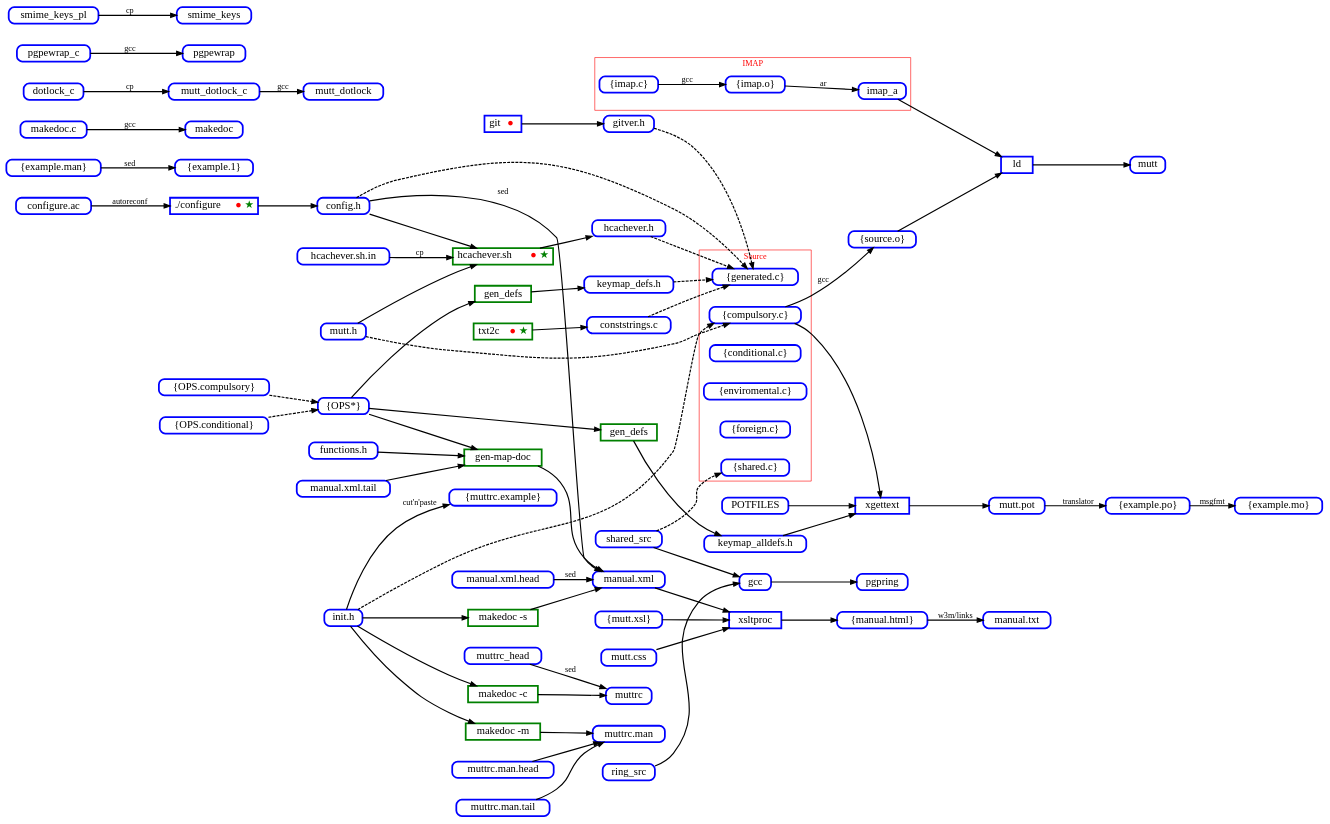
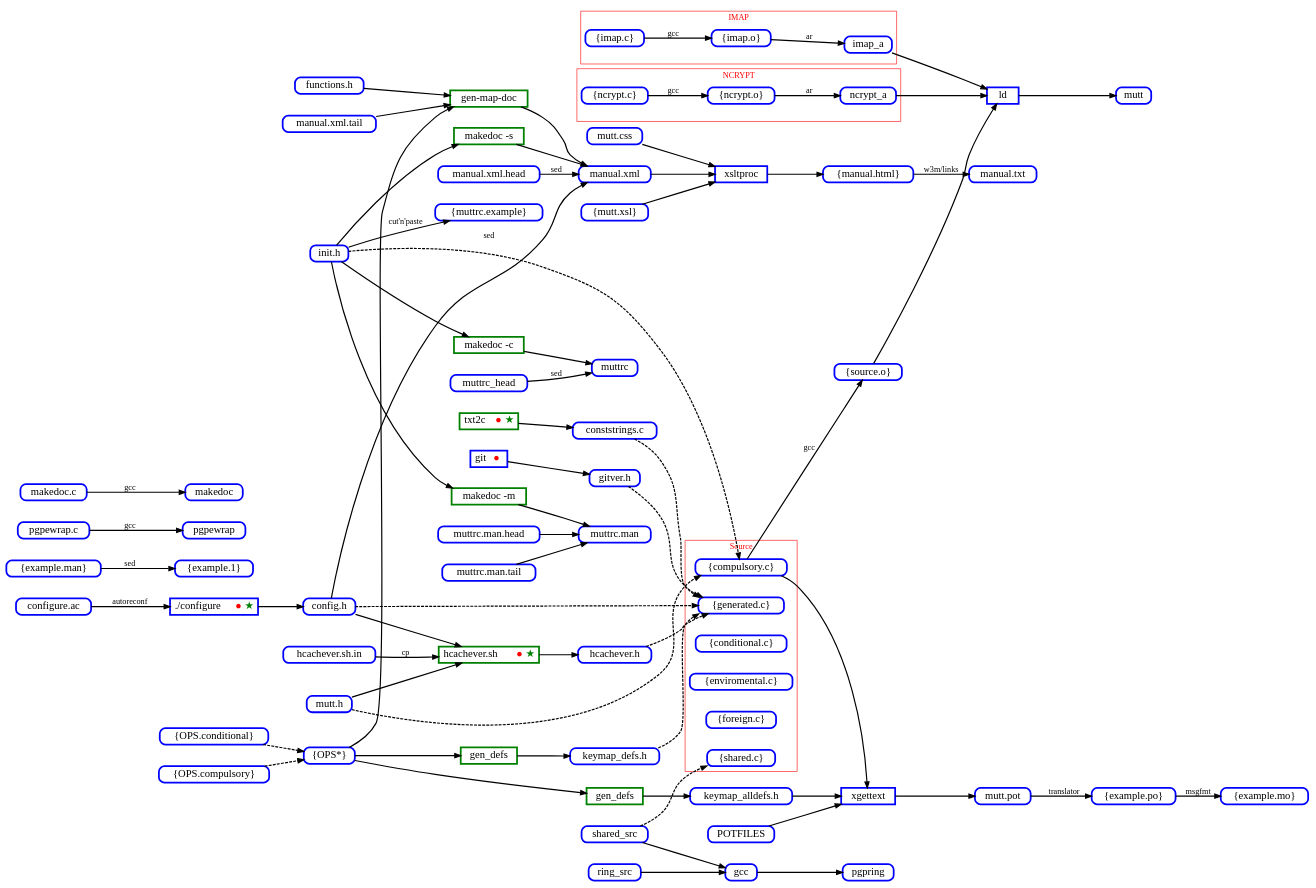
The diagram in _dev/make.gv (neomutt/neomutt.github.io), drawn with Graphviz before and after one commit.

Commit message:
split out ncrypt

```diff
--- a/_dev/make.gv
+++ b/_dev/make.gv
@@ -1,180 +1,191 @@
 digraph build {
 	graph [
 		rankdir="LR"
 		nodesep="0.5"
 		ranksep="0.3"
 	]
 
 	node [
 		shape="Mrecord"
 		style="solid"
 		height="0.2"
 		penwidth="3.0"
 		color="blue"
 		fontcolor="black"
 		fontsize="18"
 	]
 
 	edge [
 		penwidth="2.0"
 		color="#000000"
 		arrowsize="1.0"
 	]
 
 
 	comp_ops         [ label="\{OPS.compulsory\}"  ]
 	cond_ops         [ label="\{OPS.conditional\}" ]
 	configure_ac     [ label="configure.ac"        ]
 	config_h         [ label="config.h"            ]
 	conststrings_c   [ label="conststrings.c"      ]
 	functions_h      [ label="functions.h"         ]
 	gitver_h         [ label="gitver.h"            ]
 	hcachever_h      [ label="hcachever.h"         ]
 	hcachever_sh     [ label="hcachever.sh"        ]
 	hcachever_sh_in  [ label="hcachever.sh.in"     ]
 	init_h           [ label="init.h"              ]
 	keymap_alldefs_h [ label="keymap_alldefs.h"    ]
 	keymap_defs_h    [ label="keymap_defs.h"       ]
 	lots_1           [ label="\{example.1\}"       ]
 	lots_man         [ label="\{example.man\}"     ]
 	lots_mo          [ label="\{example.mo\}"      ]
 	lots_muttrc      [ label="\{muttrc.example\}"  ]
 	lots_obj         [ label="\{source.o\}"        ]
 	lots_po          [ label="\{example.po\}"      ]
 	lots_xsl         [ label="\{mutt.xsl\}"        ]
+	pgpewrap_src     [ label="pgpewrap.c"          ]
 	makedoc_src      [ label="makedoc.c"           ]
 	manual_html      [ label="\{manual.html\}"     ]
 	manual_txt       [ label="manual.txt"          ]
 	manual_xml       [ label="manual.xml"          ]
 	manual_xml_head  [ label="manual.xml.head"     ]
 	manual_xml_tail  [ label="manual.xml.tail"     ]
 	muttrc           [ label="muttrc"              ]
 	muttrc_man       [ label="muttrc.man"          ]
 	muttrc_man_head  [ label="muttrc.man.head"     ]
 	muttrc_man_tail  [ label="muttrc.man.tail"     ]
 	mutt_css         [ label="mutt.css"            ]
 	mutt_h           [ label="mutt.h"              ]
 	mutt_pot         [ label="mutt.pot"            ]
 	ops              [ label="\{OPS*\}"            ]
 
 	dot_configure [ label=<./configure <font color="red">●</font><font color="green">★</font>> shape="box" ]
 	gen_alldefs   [ label="gen_defs" color="green" shape="box" ]
 	gen_defs      [ label="gen_defs" color="green" shape="box" ]
 	gen_map_doc   [ label="gen-map-doc" color="green" shape="box" ]
 	git           [ label=<git <font color="red">●</font>> shape="box" ]
 	hcachever_sh  [ label=<hcachever.sh <font color="red">●</font><font color="green">★</font>> color="green" shape="box" ]
 	ld            [ label="ld" shape="box" ]
 	makedoc_c     [ label="makedoc -c" color="green" shape="box" ]
 	makedoc_m     [ label="makedoc -m" color="green" shape="box" ]
 	makedoc_s     [ label="makedoc -s" color="green" shape="box" ]
 	txt2c         [ label=<txt2c <font color="red">●</font><font color="green">★</font>> color="green" shape="box" ]
 	xgettext      [ label="xgettext" shape="box" ]
 	xsltproc      [ label="xsltproc" shape="box" ]
 
 	compulsory -> lots_obj [ label="gcc" ]
 	lots_obj -> ld
 	ld -> mutt
 
 	dot_configure -> config_h
 	config_h -> generated [ style="dashed" ]
 
 	git -> gitver_h
 	gitver_h -> generated [ style="dashed" ]
 
 	txt2c -> conststrings_c
 	conststrings_c -> generated [ style="dashed" ]
 
 	config_h -> hcachever_sh
 	mutt_h -> hcachever_sh
 	mutt_h -> compulsory [ style="dashed" ]
 	hcachever_sh -> hcachever_h
 	hcachever_h -> generated [ style="dashed" ]
 
 	ops -> gen_defs
 	gen_defs -> keymap_defs_h
 	ops -> gen_alldefs
 	gen_alldefs -> keymap_alldefs_h
 	keymap_defs_h -> generated [ style="dashed" ]
 
 	cond_ops -> ops [ style="dashed" ]
 	comp_ops -> ops [ style="dashed" ]
 
 	subgraph cluster_imap {
 		fontcolor="red"
 		label="IMAP"
 		color="#ff0000"
 
 		lots_imap_c [ label="\{imap.c\}" ]
 		lots_imap_o [ label="\{imap.o\}" ]
 
 		lots_imap_c -> lots_imap_o [ label="gcc" ]
 		lots_imap_o -> imap_a [ label="ar" ]
 	}
 
+	subgraph cluster_ncrypt {
+		fontcolor="red"
+		label="NCRYPT"
+		color="#ff0000"
+
+		lots_ncrypt_c [ label="\{ncrypt.c\}" ]
+		lots_ncrypt_o [ label="\{ncrypt.o\}" ]
+
+		lots_ncrypt_c -> lots_ncrypt_o [ label="gcc" ]
+		lots_ncrypt_o -> ncrypt_a [ label="ar" ]
+	}
+
 	subgraph cluster_source {
 		fontcolor="red"
 		label="Source"
 		color="#ff0000"
 
 		compulsory   [ label="\{compulsory.c\}"   ]
 		conditional  [ label="\{conditional.c\}"  ]
 		enviromental [ label="\{enviromental.c\}" ]
 		foreign      [ label="\{foreign.c\}"      ]
 		generated    [ label="\{generated.c\}"    ]
 		shared       [ label="\{shared.c\}"       ]
 	}
 
 	imap_a -> ld
+	ncrypt_a -> ld
 	POTFILES -> xgettext
 	keymap_alldefs_h -> xgettext
 	compulsory -> xgettext
 	xgettext -> mutt_pot
 
 	lots_man -> lots_1 [ label="sed" ]
 
 	configure_ac -> dot_configure [ label="autoreconf" ]
 
 	manual_xml -> xsltproc
 	lots_xsl -> xsltproc
 	mutt_css -> xsltproc
 	xsltproc -> manual_html
 	manual_html -> manual_txt [ label="w3m/links" ]
 
 	mutt_pot -> lots_po [ label="translator" ]
 	lots_po -> lots_mo [ label="msgfmt" ]
 
 	init_h -> makedoc_m
 	muttrc_man_head -> muttrc_man
 	makedoc_m -> muttrc_man
 	muttrc_man_tail -> muttrc_man
 
 	muttrc_head -> muttrc [ label="sed" ]
 	init_h -> makedoc_c
 	makedoc_c -> muttrc
 
 	init_h -> lots_muttrc [ label="cut'n'paste" ]
 
 	init_h -> compulsory [ style="dashed" ]
 
 	hcachever_sh_in -> hcachever_sh [ label="cp" ]
-	dotlock_c -> mutt_dotlock_c [ label="cp" ]
-	mutt_dotlock_c -> mutt_dotlock [ label="gcc" ]
-	pgpewrap_c -> pgpewrap [ label="gcc" ]
-	smime_keys_pl -> smime_keys [ label="cp" ]
+	pgpewrap_src -> pgpewrap [ label="gcc" ]
 	makedoc_src -> makedoc [ label="gcc" ]
 
 	config_h -> manual_xml [ label="sed" ]
 	manual_xml_head -> manual_xml [ label="sed" ]
 
 	manual_xml_tail -> gen_map_doc
 	ops -> gen_map_doc
 	gen_map_doc -> manual_xml
 	init_h -> makedoc_s
 	makedoc_s -> manual_xml
 	functions_h -> gen_map_doc
 
 	shared_src -> gcc
 	shared_src -> shared [ style="dashed" ]
 	ring_src -> gcc
 	gcc -> pgpring
 }
```
